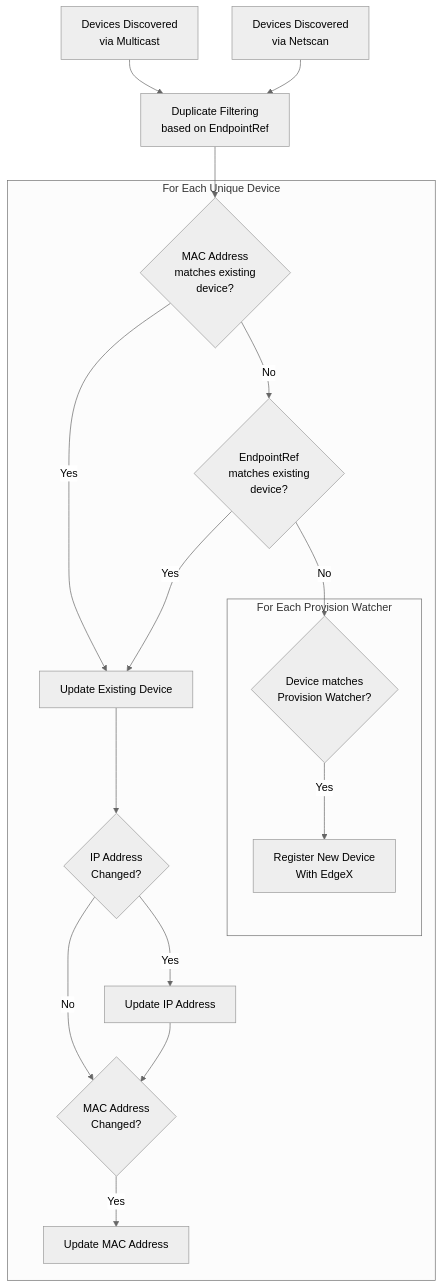
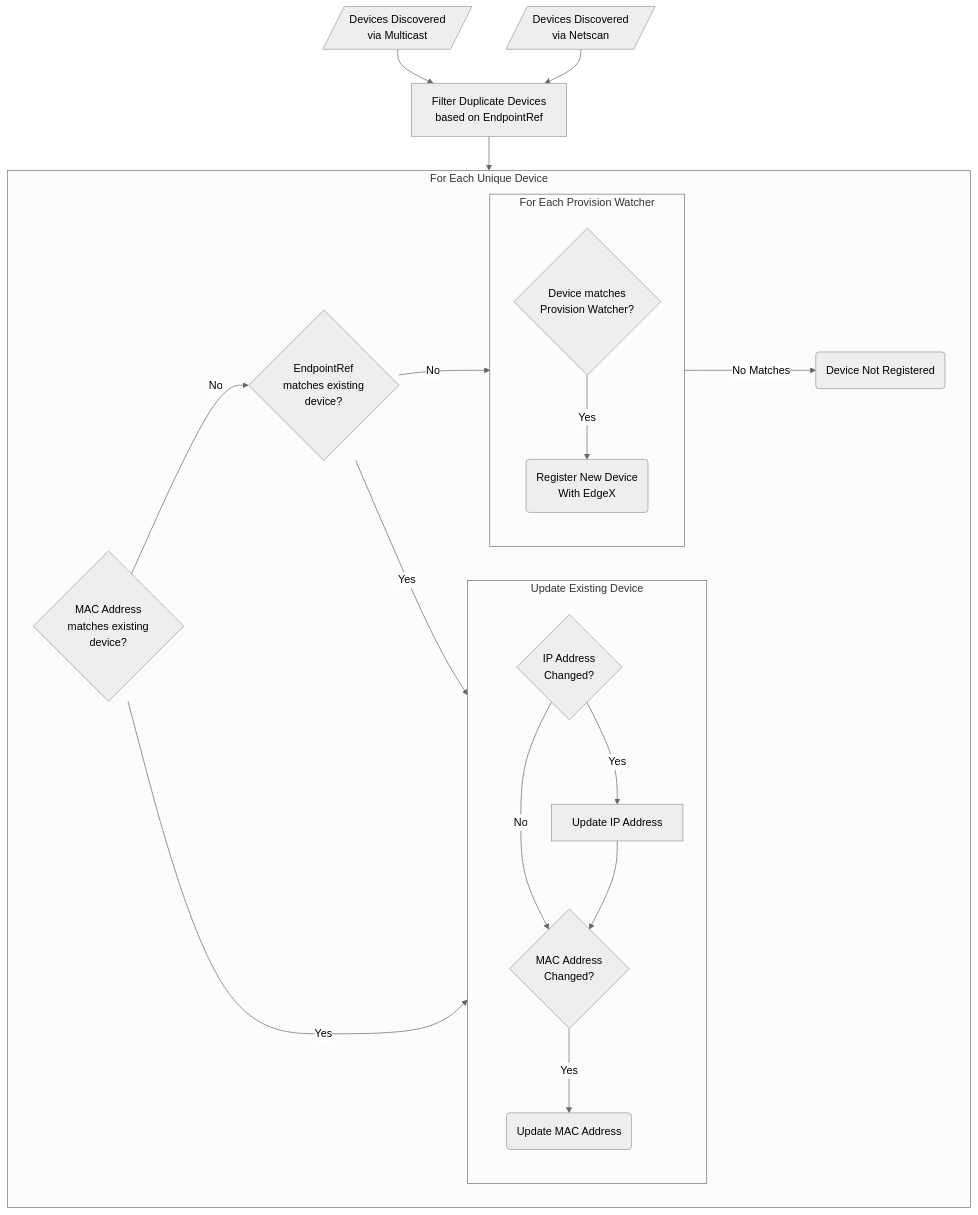
Before and after one commit to edgexfoundry/device-onvif-camera: the second of 2 diagrams in doc/auto-discovery.md, drawn with Mermaid (neutral theme). The commit also changed other lines of this file and 2 other files, not shown here.

Commit message:
docs: small tweaks and PR fixes

````diff
--- a/doc/auto-discovery.md
+++ b/doc/auto-discovery.md
@@ -148,37 +160,43 @@
 ```mermaid
 %% Note: The node and edge definitions are split up to make it easier to adjust the
 %% links between the various nodes.
-graph TD;
+flowchart TD;
     %% -------- Node Definitions -------- %%
-    Multicast[Devices Discovered<br/>via Multicast]
-    Netscan[Devices Discovered<br/>via Netscan]
-    DupeFilter[Duplicate Filtering<br/>based on EndpointRef]    
+    Multicast[/Devices Discovered<br/>via Multicast/]
+    Netscan[/Devices Discovered<br/>via Netscan/]
+    DupeFilter[Filter Duplicate Devices<br/>based on EndpointRef]    
     MACMatches{MAC Address<br/>matches existing<br/>device?}
     RefMatches{EndpointRef<br/>matches existing<br/>device?}
-    UpdateDevice[Update Existing Device]
     IPChanged{IP Address<br/>Changed?}
     MACChanged{MAC Address<br/>Changed?}
     UpdateIP[Update IP Address]
-    UpdateMAC[Update MAC Address]
-    RegisterDevice[Register New Device<br/>With EdgeX]
+    UpdateMAC(Update MAC Address)
+    RegisterDevice(Register New Device<br/>With EdgeX)
+    DeviceNotRegistered(Device Not Registered)
     PWMatches{Device matches<br/>Provision Watcher?}
     
     %% -------- Graph Definitions -------- %%
     Multicast --> DupeFilter
     Netscan --> DupeFilter
-    DupeFilter --> MACMatches
-    subgraph For Each Unique Device
-        MACMatches -- Yes --> UpdateDevice
-        MACMatches -- No --> RefMatches
-        RefMatches -- Yes --> UpdateDevice
-        RefMatches -- No --> PWMatches
-        UpdateDevice --> IPChanged
-        IPChanged -- No --> MACChanged
-        IPChanged -- Yes --> UpdateIP
-        UpdateIP --> MACChanged
-        MACChanged -- Yes --> UpdateMAC
-        subgraph For Each Provision Watcher
-            PWMatches -- Yes --> RegisterDevice
+    DupeFilter --> ForEachDevice
+    subgraph ForEachDevice[For Each Unique Device]
+        MACMatches -->|Yes| UpdateDevice
+        MACMatches -->|No| RefMatches
+        RefMatches -->|Yes| UpdateDevice
+        RefMatches -->|No| ForEachPW
+
+        subgraph UpdateDevice[Update Existing Device]
+            direction TB
+            IPChanged -->|No| MACChanged
+            IPChanged -->|Yes| UpdateIP
+            UpdateIP --> MACChanged
+            MACChanged -->|Yes| UpdateMAC
         end
+        
+        subgraph ForEachPW[For Each Provision Watcher]
+            direction TB
+            PWMatches -->|Yes| RegisterDevice
+        end
+        ForEachPW -->|No Matches| DeviceNotRegistered
     end
 ```
````
